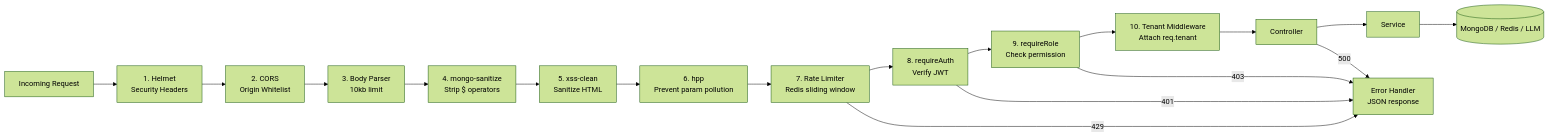
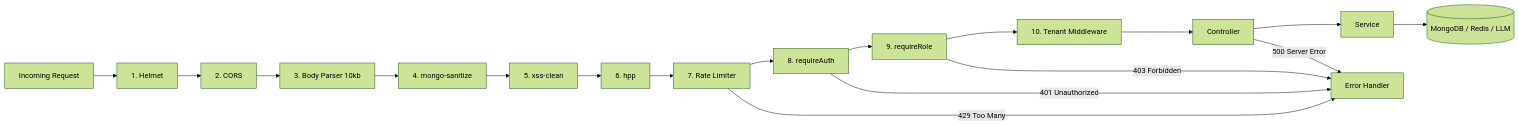
Before and after one commit to Akshvt/Velox: the second of 2 diagrams in VELOX-IMPLEMENTATION-PLAN.md, drawn with Mermaid (forest theme). The commit also changed other lines of this file and 4 other files, not shown here.

Commit message:
docs: clean UTF-8 plan with colorful PNG diagrams (architecture, ERD, AI flow, ticket lifecycle)

````diff
--- a/VELOX-IMPLEMENTATION-PLAN.md
+++ b/VELOX-IMPLEMENTATION-PLAN.md
@@ -273,21 +93,20 @@
 ```mermaid
 flowchart LR
-    REQ[Incoming Request] --> HELM[1. Helmet\nSecurity Headers]
-    HELM --> CORS[2. CORS\nOrigin Whitelist]
-    CORS --> BODY[3. Body Parser\n10kb limit]
-    BODY --> SANIT[4. mongo-sanitize\nStrip $ operators]
-    SANIT --> XSS[5. xss-clean\nSanitize HTML]
-    XSS --> HPP[6. hpp\nPrevent param pollution]
-    HPP --> RATE[7. Rate Limiter\nRedis sliding window]
-    RATE --> AUTH[8. requireAuth\nVerify JWT]
-    AUTH --> ROLE[9. requireRole\nCheck permission]
-    ROLE --> TENANT[10. Tenant Middleware\nAttach req.tenant]
+    REQ[Incoming Request] --> HELM[1. Helmet]
+    HELM --> CORS[2. CORS]
+    CORS --> BODY[3. Body Parser 10kb]
+    BODY --> SANIT[4. mongo-sanitize]
+    SANIT --> XSS[5. xss-clean]
+    XSS --> HPP[6. hpp]
+    HPP --> RATE[7. Rate Limiter]
+    RATE --> AUTH[8. requireAuth]
+    AUTH --> ROLE[9. requireRole]
+    ROLE --> TENANT[10. Tenant Middleware]
     TENANT --> CTRL[Controller]
     CTRL --> SVC[Service]
     SVC --> DB[(MongoDB / Redis / LLM)]
-
-    RATE -->|429| ERR[Error Handler\nJSON response]
-    AUTH -->|401| ERR
-    ROLE -->|403| ERR
-    CTRL -->|500| ERR
+    RATE -->|429 Too Many| ERR[Error Handler]
+    AUTH -->|401 Unauthorized| ERR
+    ROLE -->|403 Forbidden| ERR
+    CTRL -->|500 Server Error| ERR
 ```
````
